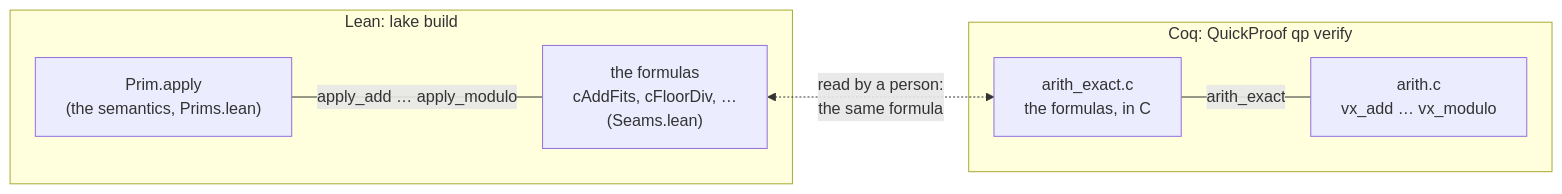
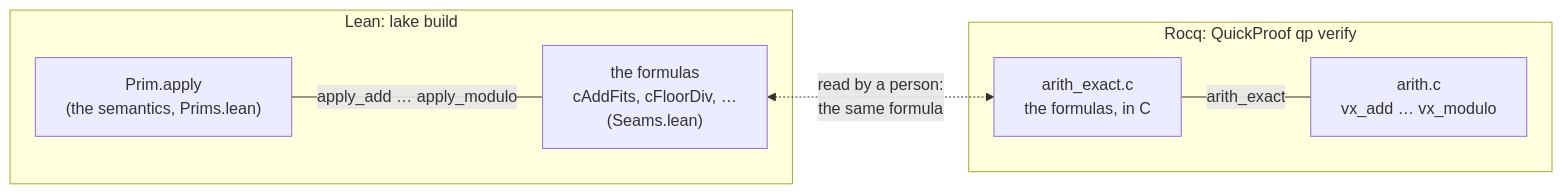
The fourth of 4 diagrams in docs/DESIGN.md (rudi-cilibrasi/openverse), drawn with Mermaid before and after one commit. The commit also changed other lines of this file and 7 other files, not shown here.

First line of the commit message:
Docs: Rocq, the prover's current name, in place of Coq

````diff
--- a/docs/DESIGN.md
+++ b/docs/DESIGN.md
@@ -419,14 +419,14 @@
 ```mermaid
 flowchart LR
     subgraph lean["Lean: lake build"]
         apply["Prim.apply<br/>(the semantics, Prims.lean)"]
         lf["the formulas<br/>cAddFits, cFloorDiv, …<br/>(Seams.lean)"]
         apply -- "apply_add … apply_modulo" --- lf
     end
-    subgraph coq["Coq: QuickProof qp verify"]
+    subgraph rocq["Rocq: QuickProof qp verify"]
         cf["arith_exact.c<br/>the formulas, in C"]
         ac["arith.c<br/>vx_add … vx_modulo"]
         cf -- "arith_exact" --- ac
     end
     lf <-. "read by a person:<br/>the same formula" .-> cf
 ```
````
